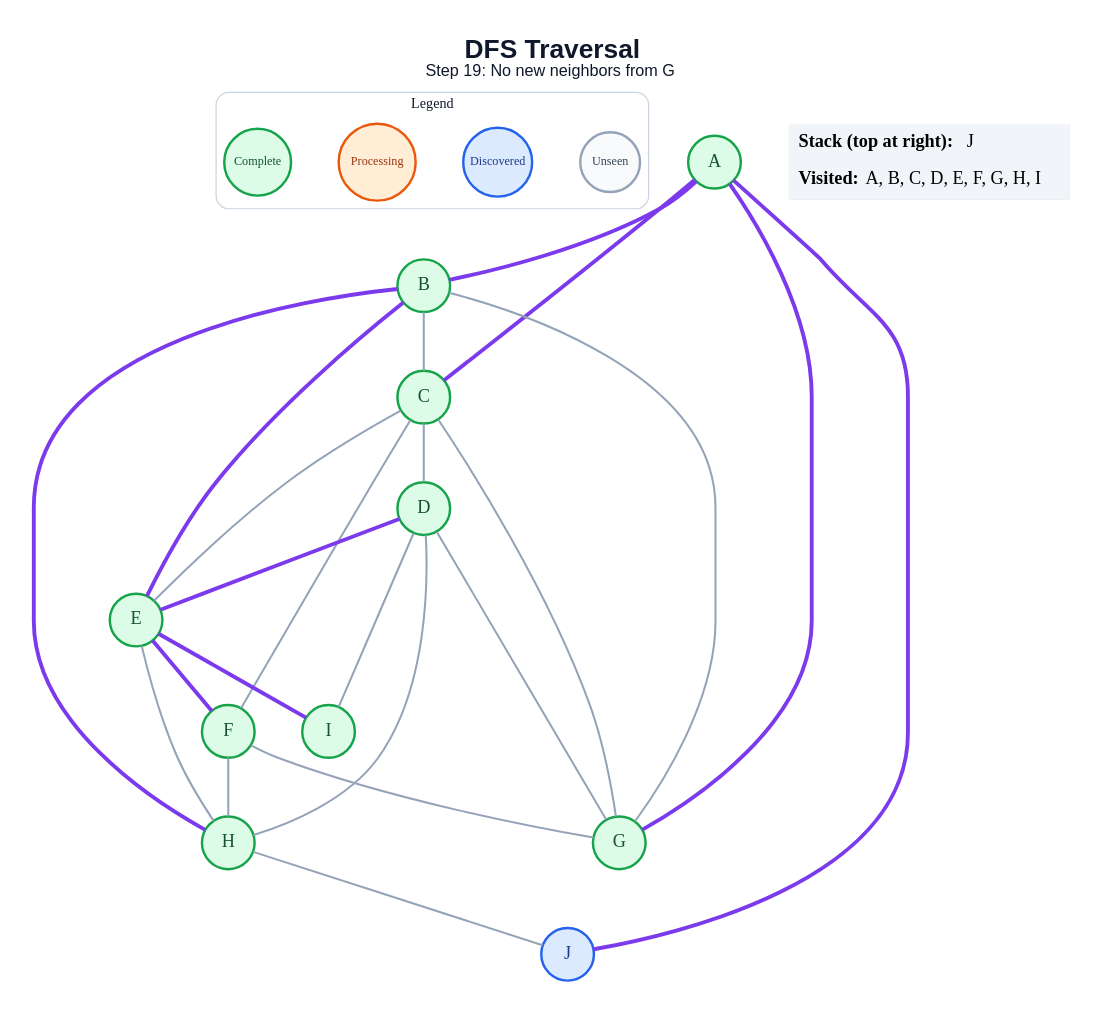
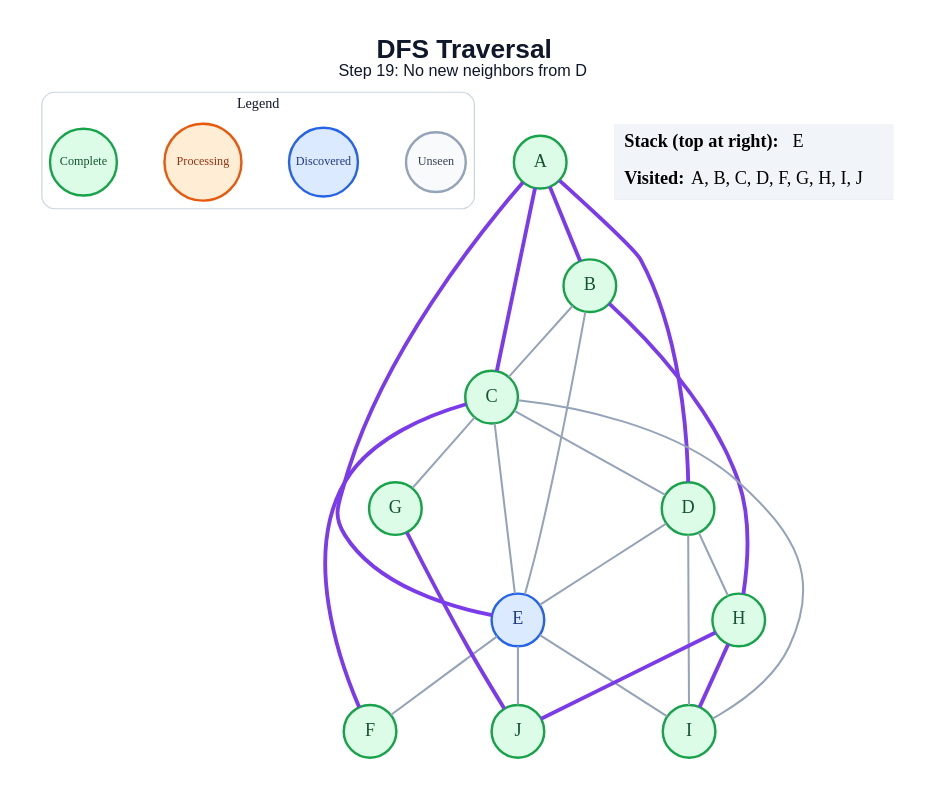
Before and after one commit to anon7238593-create/ai-slop: the diagram in generated/dfs/step_19.dot, drawn with Graphviz. The commit also changed 171 other files, not shown here.

```diff
--- a/generated/dfs/step_19.dot
+++ b/generated/dfs/step_19.dot
@@ -1,51 +1,50 @@
 graph traversal {
   graph [layout=dot, rankdir=TB, bgcolor="#FFFFFF", pad="0.35", nodesep="0.65", ranksep="0.8", fontname="Arial"];
   node [shape=circle, style="filled", fontname="Arial Bold", fontsize=18, width=0.72, fixedsize=true, penwidth=2.4];
   edge [color="#94A3B8", penwidth=2.0];
-  label=<<B>DFS Traversal</B><BR/><FONT POINT-SIZE="16">Step 19: No new neighbors from G</FONT>>; labelloc="t"; fontsize=26; fontname="Arial"; fontcolor="#0F172A";
+  label=<<B>DFS Traversal</B><BR/><FONT POINT-SIZE="16">Step 19: No new neighbors from D</FONT>>; labelloc="t"; fontsize=26; fontname="Arial"; fontcolor="#0F172A";
   subgraph cluster_legend { label="Legend"; color="#CBD5E1"; penwidth=1.2; style="rounded"; fontsize=14; fontname="Arial Bold";
     key_unseen [label="Unseen", fillcolor="#F8FAFC", color="#94A3B8", fontcolor="#334155", fontsize=12, width=0.82];
     key_frontier [label="Discovered", fillcolor="#DBEAFE", color="#2563EB", fontcolor="#1E3A8A", fontsize=12, width=0.95];
     key_current [label="Processing", fillcolor="#FFEDD5", color="#EA580C", fontcolor="#9A3412", fontsize=12, width=1.05];
     key_done [label="Complete", fillcolor="#DCFCE7", color="#16A34A", fontcolor="#14532D", fontsize=12, width=0.92];
     { rank=same; key_unseen; key_frontier; key_current; key_done; }
   }
   A [fillcolor="#DCFCE7", color="#16A34A", fontcolor="#14532D"];
   B [fillcolor="#DCFCE7", color="#16A34A", fontcolor="#14532D"];
   C [fillcolor="#DCFCE7", color="#16A34A", fontcolor="#14532D"];
   D [fillcolor="#DCFCE7", color="#16A34A", fontcolor="#14532D"];
-  E [fillcolor="#DCFCE7", color="#16A34A", fontcolor="#14532D"];
+  E [fillcolor="#DBEAFE", color="#2563EB", fontcolor="#1E3A8A"];
   F [fillcolor="#DCFCE7", color="#16A34A", fontcolor="#14532D"];
   G [fillcolor="#DCFCE7", color="#16A34A", fontcolor="#14532D"];
   H [fillcolor="#DCFCE7", color="#16A34A", fontcolor="#14532D"];
   I [fillcolor="#DCFCE7", color="#16A34A", fontcolor="#14532D"];
-  J [fillcolor="#DBEAFE", color="#2563EB", fontcolor="#1E3A8A"];
+  J [fillcolor="#DCFCE7", color="#16A34A", fontcolor="#14532D"];
   A -- B [color="#7C3AED", penwidth=3.8];
   A -- C [color="#7C3AED", penwidth=3.8];
-  A -- G [color="#7C3AED", penwidth=3.8];
-  A -- J [color="#7C3AED", penwidth=3.8];
+  A -- D [color="#7C3AED", penwidth=3.8];
+  A -- E [color="#7C3AED", penwidth=3.8];
   B -- C;
-  B -- E [color="#7C3AED", penwidth=3.8];
-  B -- G;
+  B -- E;
   B -- H [color="#7C3AED", penwidth=3.8];
   C -- D;
   C -- E;
-  C -- F;
+  C -- F [color="#7C3AED", penwidth=3.8];
   C -- G;
-  D -- E [color="#7C3AED", penwidth=3.8];
-  D -- G;
+  C -- I;
+  D -- E;
   D -- H;
   D -- I;
-  E -- F [color="#7C3AED", penwidth=3.8];
-  E -- H;
-  E -- I [color="#7C3AED", penwidth=3.8];
-  F -- G;
-  F -- H;
-  H -- J;
+  E -- F;
+  E -- I;
+  E -- J;
+  G -- J [color="#7C3AED", penwidth=3.8];
+  H -- I [color="#7C3AED", penwidth=3.8];
+  H -- J [color="#7C3AED", penwidth=3.8];
   status [shape=plain, fixedsize=false, width=0, height=0, margin=0, label=<
     <TABLE BORDER="0" CELLBORDER="0" CELLPADDING="7" BGCOLOR="#F1F5F9">
-      <TR><TD ALIGN="LEFT"><B>Stack (top at right):</B> J</TD></TR>
-      <TR><TD ALIGN="LEFT"><B>Visited:</B> A, B, C, D, E, F, G, H, I</TD></TR>
+      <TR><TD ALIGN="LEFT"><B>Stack (top at right):</B> E</TD></TR>
+      <TR><TD ALIGN="LEFT"><B>Visited:</B> A, B, C, D, F, G, H, I, J</TD></TR>
     </TABLE>
   >];
 }
```
